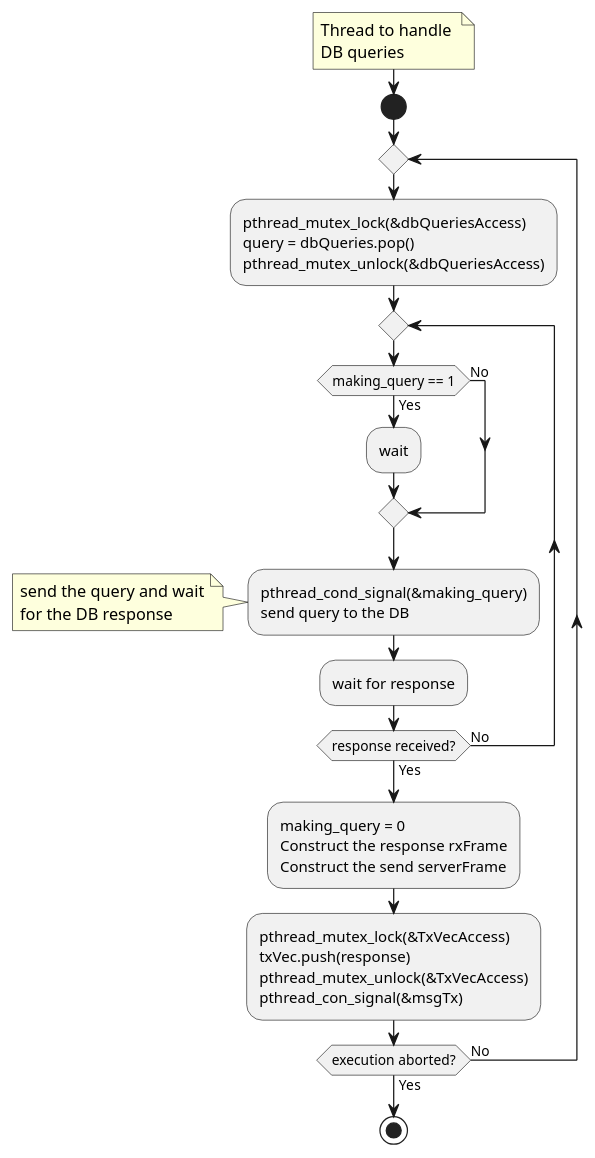
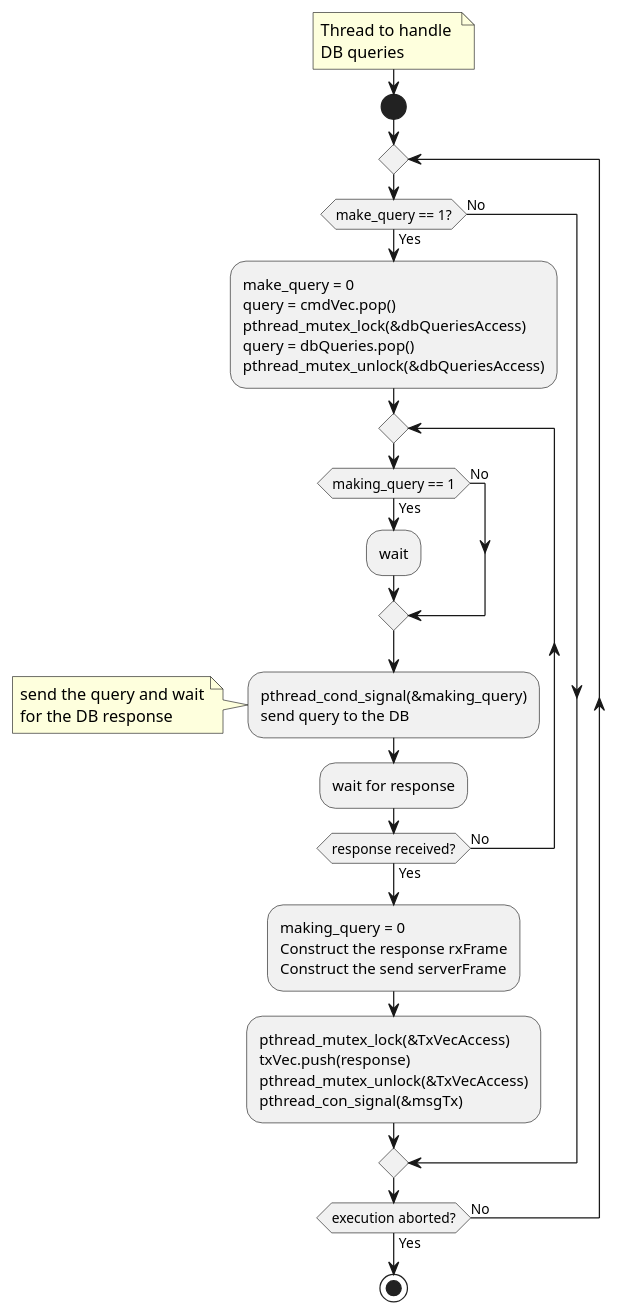
Before and after one commit to ElectroQuanta/MDO: the diagram in Proj/diags/plantuml/flowchart/input/rs-handle-query.pu, drawn with PlantUML. The commit also changed 16 other files, not shown here.

Commit message:
UPDT: DESIGN: Fix Flowcharts that were wrong

```diff
--- a/Proj/diags/plantuml/flowchart/input/rs-handle-query.pu
+++ b/Proj/diags/plantuml/flowchart/input/rs-handle-query.pu
@@ -1,37 +1,41 @@
 @startuml
 '-----------------------
   note right
     Thread to handle 
     DB queries
   end note
 '-----------------------
 start
     repeat
-
-        :pthread_mutex_lock(&dbQueriesAccess)
+      if(make_query == 1?) then (Yes)
+        :make_query = 0
+        query = cmdVec.pop()
+        pthread_mutex_lock(&dbQueriesAccess)
         query = dbQueries.pop()
         pthread_mutex_unlock(&dbQueriesAccess);
         repeat
             if(making_query == 1) then (Yes)
               :wait;
             else (No)
             endif
             :pthread_cond_signal(&making_query)
             send query to the DB;
             note left
                 send the query and wait
                 for the DB response
             end note
             :wait for response;
         repeat while(response received?) is (No) not (Yes)
         :making_query = 0
         Construct the response rxFrame
         Construct the send serverFrame;
         :pthread_mutex_lock(&TxVecAccess)
         txVec.push(response)
         pthread_mutex_unlock(&TxVecAccess)
         pthread_con_signal(&msgTx);
+      else (No)
+      endif
     repeat while(execution aborted?) is (No) not (Yes)
     stop
 '-----------------------
 @enduml
```
